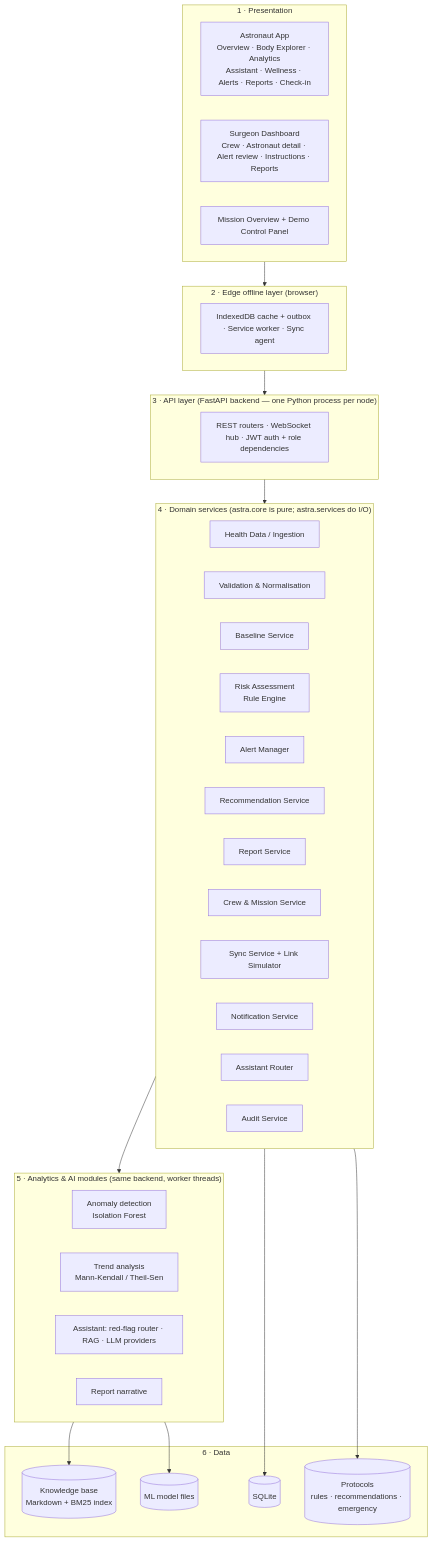
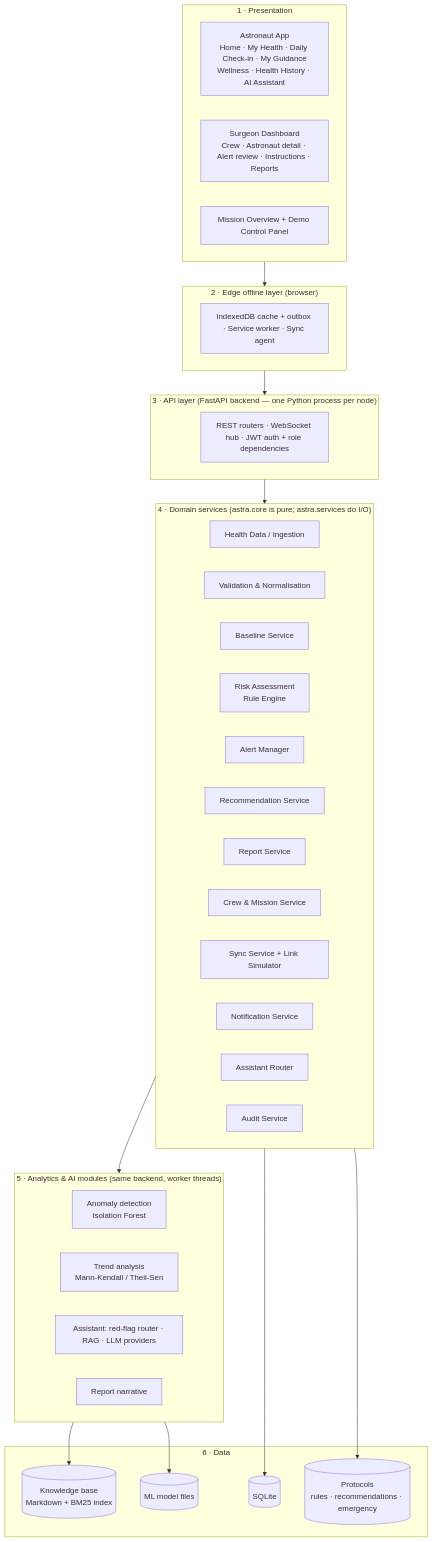
The second of 7 diagrams in docs/02-High-Level-Design.md (Tarun9076/Astra-Health), drawn with Mermaid before and after one commit. The commit also changed other lines of this file and 8 other files, not shown here.

````diff
--- a/docs/02-High-Level-Design.md
+++ b/docs/02-High-Level-Design.md
@@ -46,46 +46,46 @@
 ```mermaid
 flowchart TB
     subgraph L1["1 · Presentation"]
-        UI1[Astronaut App<br/>Overview · Body Explorer · Analytics<br/>Assistant · Wellness · Alerts · Reports · Check-in]
+        UI1[Astronaut App<br/>Home · My Health · Daily Check-in · My Guidance<br/>Wellness · Health History · AI Assistant]
         UI2[Surgeon Dashboard<br/>Crew · Astronaut detail · Alert review · Instructions · Reports]
         UI3[Mission Overview + Demo Control Panel]
     end
     subgraph L2["2 · Edge offline layer (browser)"]
         IDB[IndexedDB cache + outbox · Service worker · Sync agent]
     end
     subgraph L3["3 · API layer (FastAPI backend — one Python process per node)"]
         GW[REST routers · WebSocket hub · JWT auth + role dependencies]
     end
     subgraph L4["4 · Domain services (astra.core is pure; astra.services do I/O)"]
         S1[Health Data / Ingestion]
         S2[Validation & Normalisation]
         S3[Baseline Service]
         S4[Risk Assessment<br/>Rule Engine]
         S5[Alert Manager]
         S6[Recommendation Service]
         S7[Report Service]
         S8[Crew & Mission Service]
         S9[Sync Service + Link Simulator]
         S10[Notification Service]
         S11[Assistant Router]
         S12[Audit Service]
     end
     subgraph L5["5 · Analytics & AI modules (same backend, worker threads)"]
         P1[Anomaly detection<br/>Isolation Forest]
         P2[Trend analysis<br/>Mann-Kendall / Theil-Sen]
         P3[Assistant: red-flag router · RAG · LLM providers]
         P4[Report narrative]
     end
     subgraph L6["6 · Data"]
         DB[(SQLite)]
         KB[(Knowledge base<br/>Markdown + BM25 index)]
         PR[(Protocols<br/>rules · recommendations · emergency)]
         MD[(ML model files)]
     end
     L1 --> L2 --> L3 --> L4
     L4 --> L5
     L4 --> DB
     L4 --> PR
     L5 --> KB
     L5 --> MD
 ```
````
